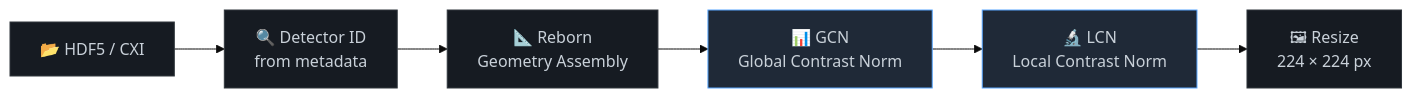
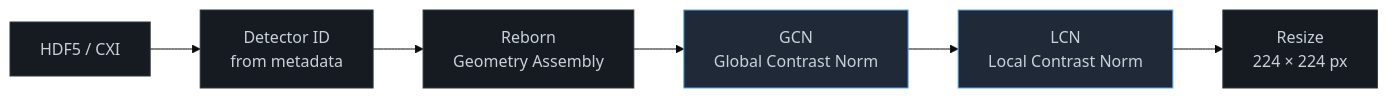
One commit to gihankaushyal/Hit_finder changed the first of 2 diagrams in README.md. Above: the diagram before and after it, drawn with Mermaid (base theme). The commit also changed other lines of this file, not shown here.

Commit message:
fix: remove emoji and box-drawing chars from Mermaid node labels

````diff
--- a/README.md
+++ b/README.md
@@ -29,15 +29,15 @@
 ```mermaid
 flowchart LR
-    A["📂 HDF5 / CXI"] --> B["🔍 Detector ID\nfrom metadata"]
-    B --> C["📐 Reborn\nGeometry Assembly"]
-    C --> D["📊 GCN\nGlobal Contrast Norm"]
-    D --> E["🔬 LCN\nLocal Contrast Norm"]
-    E --> F["🖼 Resize\n224 × 224 px"]
+    A["HDF5 / CXI"] --> B["Detector ID\nfrom metadata"]
+    B --> C["Reborn\nGeometry Assembly"]
+    C --> D["GCN\nGlobal Contrast Norm"]
+    D --> E["LCN\nLocal Contrast Norm"]
+    E --> F["Resize\n224 × 224 px"]
 
     style A fill:#161b22,stroke:#30363d,color:#c9d1d9
     style B fill:#161b22,stroke:#30363d,color:#c9d1d9
     style C fill:#161b22,stroke:#30363d,color:#c9d1d9
     style D fill:#1f2937,stroke:#58a6ff,color:#c9d1d9
     style E fill:#1f2937,stroke:#58a6ff,color:#c9d1d9
     style F fill:#161b22,stroke:#30363d,color:#c9d1d9
 ```
````
